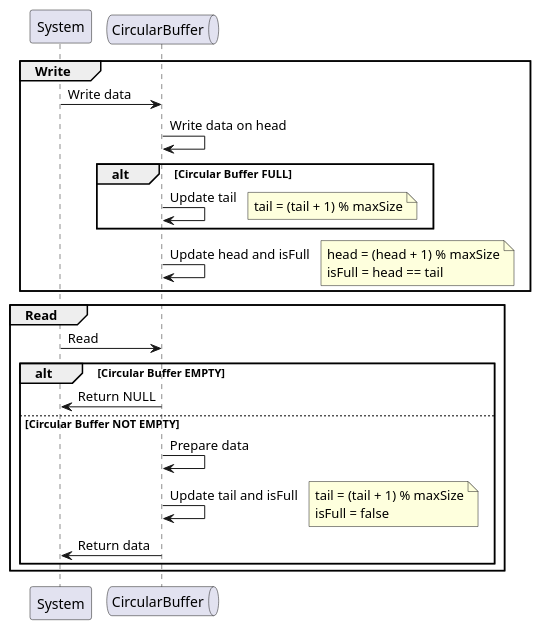
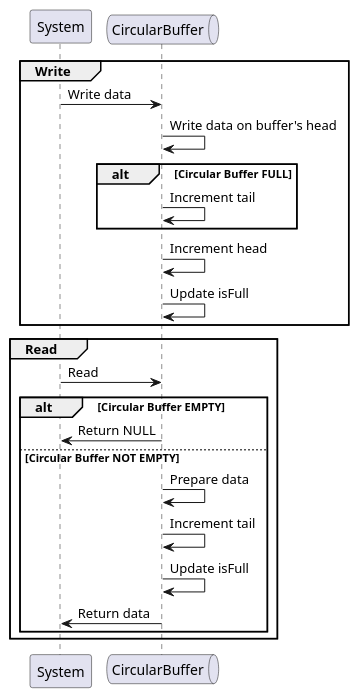
The diagram in doc/diagrams/access_circularBuffer_sequence.puml (ThePension/ArcStreamLabs), drawn with PlantUML before and after one commit. The commit also changed 2 other files, not shown here.

Commit message:
Update sequence diagramm

```diff
--- a/doc/diagrams/access_circularBuffer_sequence.puml
+++ b/doc/diagrams/access_circularBuffer_sequence.puml
@@ -1,37 +1,28 @@
 @startuml CircularBuffer_Access_Sequence
 
 participant System as s
 queue       CircularBuffer as c
 
 group Write
     s -> c : Write data
-    c -> c : Write data on head
+    c -> c : Write data on buffer's head
     alt Circular Buffer FULL
-        c -> c : Update tail
-        note right
-            tail = (tail + 1) % maxSize
-        end note
+        c -> c : Increment tail
     end
-    c -> c : Update head and isFull
-    note right
-        head = (head + 1) % maxSize
-        isFull = head == tail
-    end note
+    c -> c : Increment head
+    c -> c : Update isFull
 end
 
 group Read
     s -> c : Read
     alt Circular Buffer EMPTY
         c -> s: Return NULL
     else Circular Buffer NOT EMPTY
         c -> c : Prepare data
-        c -> c : Update tail and isFull
-        note right
-            tail = (tail + 1) % maxSize
-            isFull = false
-        end note
+        c -> c : Increment tail
+        c -> c : Update isFull
         c -> s : Return data
     end
 end
 
 @enduml
```
